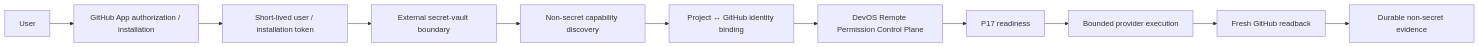
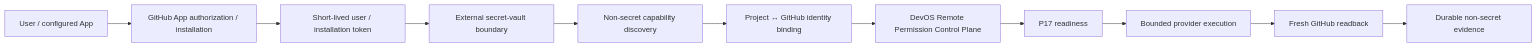
Before and after one commit to zzpsah/chatgpt-development-os: the fifth of 5 diagrams in docs/DEVOS-MASTER-ENGINEERING-MAP.md, drawn with Mermaid. The commit also changed other lines of this file and 1 other file, not shown here.

Commit message:
Preserve resolver state in GitHub auth integration

````diff
--- a/docs/DEVOS-MASTER-ENGINEERING-MAP.md
+++ b/docs/DEVOS-MASTER-ENGINEERING-MAP.md
@@ -240,13 +251,13 @@
 ```mermaid
 flowchart LR
-    U[User] --> GA[GitHub App authorization / installation]
+    U[User / configured App] --> GA[GitHub App authorization / installation]
     GA --> AT[Short-lived user / installation token]
     AT --> VA[External secret-vault boundary]
     VA --> CAP[Non-secret capability discovery]
     CAP --> B[Project ↔ GitHub identity binding]
     B --> RPC[DevOS Remote Permission Control Plane]
     RPC --> P17[P17 readiness]
     P17 --> EXEC[Bounded provider execution]
     EXEC --> READ[Fresh GitHub readback]
     READ --> E[Durable non-secret evidence]
 ```
````
